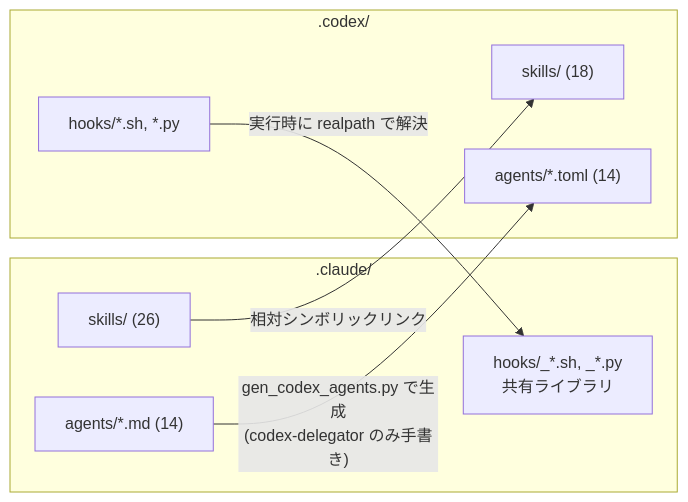
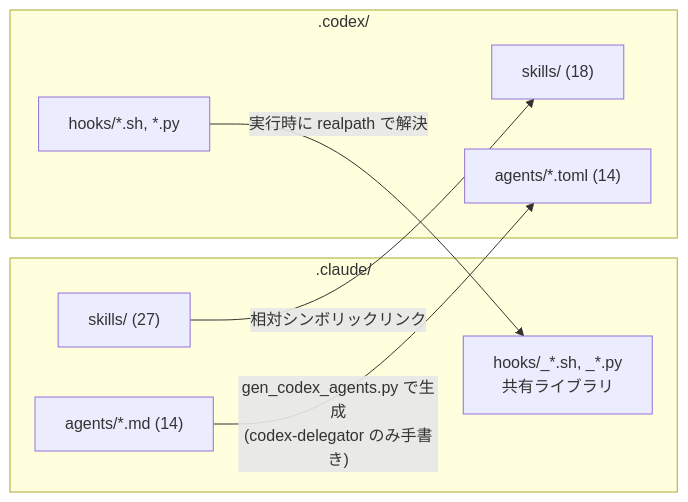
The fourth of 4 diagrams in docs/claude-architecture.md (sardonyx0827/dotfiles), drawn with Mermaid before and after one commit. The commit also changed other lines of this file and 4 other files, not shown here.

````diff
--- a/docs/claude-architecture.md
+++ b/docs/claude-architecture.md
@@ -318,18 +318,18 @@
 ```mermaid
 flowchart LR
     subgraph CLAUDE[".claude/"]
-        CS["skills/ (26)"]
+        CS["skills/ (27)"]
         CA["agents/*.md (14)"]
         CH["hooks/_*.sh, _*.py<br/>共有ライブラリ"]
     end
 
     subgraph CODEX[".codex/"]
         XS["skills/ (18)"]
         XA["agents/*.toml (14)"]
         XH["hooks/*.sh, *.py"]
     end
 
     CS -->|"相対シンボリックリンク"| XS
     CA -->|"gen_codex_agents.py で生成<br/>(codex-delegator のみ手書き)"| XA
     XH -->|"実行時に realpath で解決"| CH
 ```
````
